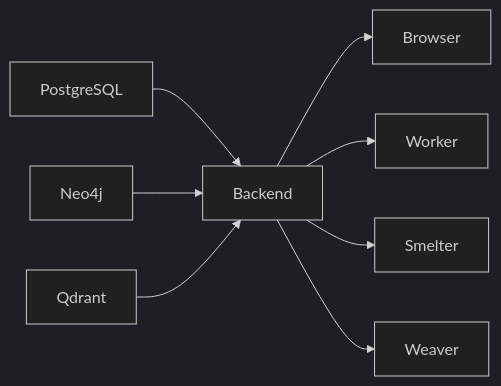
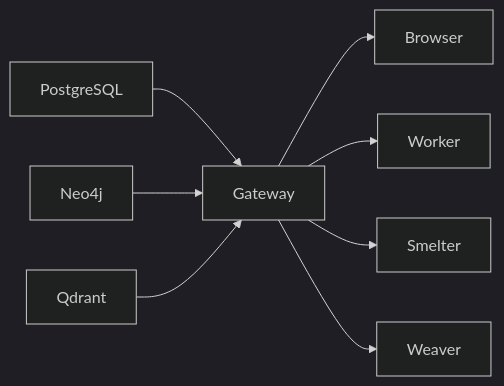
One commit to The-AI-Alliance/semiont changed the diagram in docs/system/services/OVERVIEW.md. Above: the diagram before and after it, drawn with Mermaid (dark theme). The commit also changed other lines of this file and 529 other files, not shown here.

First line of the commit message:
backend → gateway: rename every surface, with one compat alias for the fleet's config key (#1257)

````diff
--- a/docs/system/services/OVERVIEW.md
+++ b/docs/system/services/OVERVIEW.md
@@ -147,10 +147,10 @@
 ```mermaid
 graph LR
-    DB[PostgreSQL] --> BE[Backend]
+    DB[PostgreSQL] --> BE[Gateway]
     GRAPH[Neo4j] --> BE
     VECTORS[Qdrant] --> BE
     BE --> FE[Browser]
     BE --> W[Worker]
     BE --> SM[Smelter]
     BE --> WV[Weaver]
 ```
````
